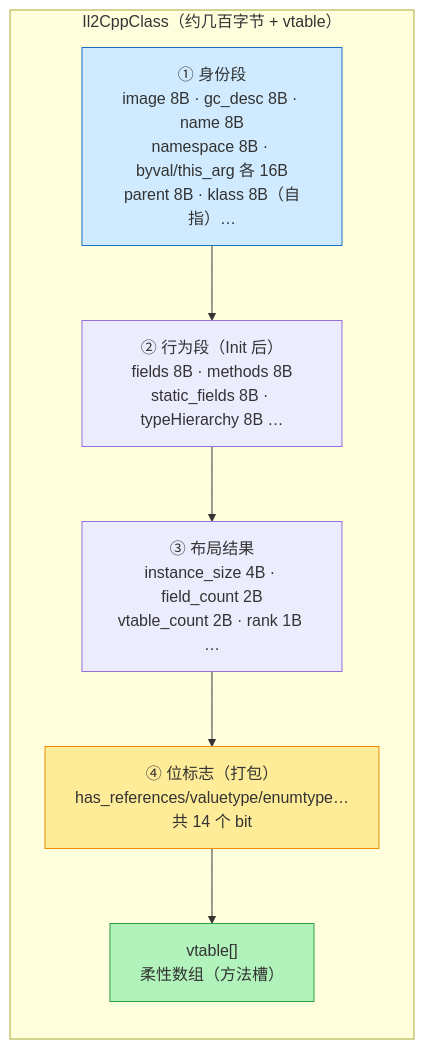
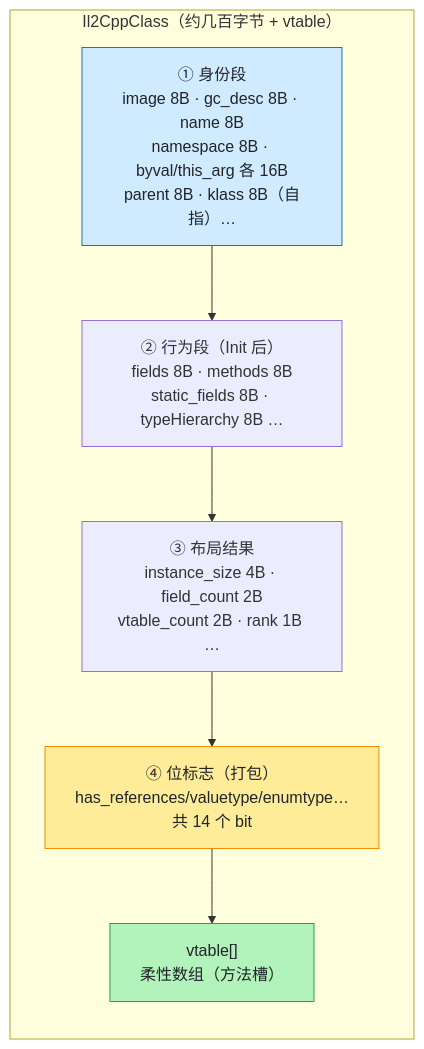
Before and after one commit to fankidark/tech-site: the second of 2 diagrams in docs/unity-memory/object-layout.md, drawn with Mermaid. The commit also changed other lines of this file and 5 other files, not shown here.

Commit message:
修复mermaid图dark模式对比度: 26处style浅色fill补color:#212529深色文字

````diff
--- a/docs/unity-memory/object-layout.md
+++ b/docs/unity-memory/object-layout.md
@@ -117,14 +117,14 @@
 ```mermaid
 flowchart LR
     subgraph C["Il2CppClass（约几百字节 + vtable）"]
         A1["① 身份段<br/>image 8B · gc_desc 8B · name 8B<br/>namespace 8B · byval/this_arg 各 16B<br/>parent 8B · klass 8B（自指）…"]
         A2["② 行为段（Init 后）<br/>fields 8B · methods 8B<br/>static_fields 8B · typeHierarchy 8B …"]
         A3["③ 布局结果<br/>instance_size 4B · field_count 2B<br/>vtable_count 2B · rank 1B …"]
         A4["④ 位标志（打包）<br/>has_references/valuetype/enumtype…<br/>共 14 个 bit"]
         A5["vtable[]<br/>柔性数组（方法槽）"]
     end
     A1 --> A2 --> A3 --> A4 --> A5
-    style A1 fill:#d0ebff,stroke:#1971c2
-    style A4 fill:#ffec99,stroke:#f08c00
-    style A5 fill:#b2f2bb,stroke:#2f9e44
+    style A1 fill:#d0ebff,stroke:#1971c2,color:#212529
+    style A4 fill:#ffec99,stroke:#f08c00,color:#212529
+    style A5 fill:#b2f2bb,stroke:#2f9e44,color:#212529
 ```
````
